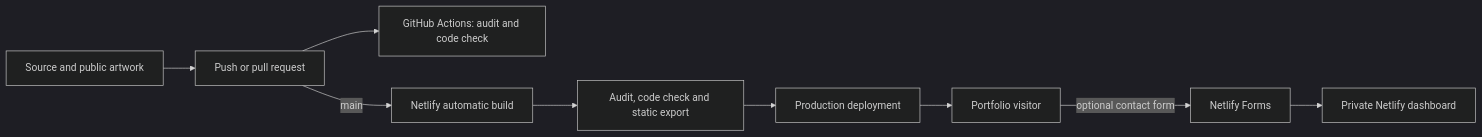
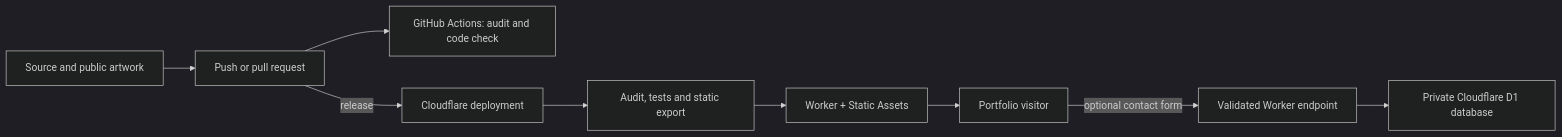
Before and after one commit to zrsobecka/Portfolio: the diagram in WORKFLOW-DIAGRAM.md, drawn with Mermaid (dark theme). The commit also changed 14 other files, not shown here.

````diff
--- a/WORKFLOW-DIAGRAM.md
+++ b/WORKFLOW-DIAGRAM.md
@@ -3,11 +3,11 @@
 ```mermaid
 flowchart LR
     A[Source and public artwork] --> B[Push or pull request]
     B --> C[GitHub Actions: audit and code check]
-    B -->|main| D[Netlify automatic build]
-    D --> E[Audit, code check and static export]
-    E --> F[Production deployment]
+    B -->|release| D[Cloudflare deployment]
+    D --> E[Audit, tests and static export]
+    E --> F[Worker + Static Assets]
     F --> G[Portfolio visitor]
-    G -->|optional contact form| H[Netlify Forms]
-    H --> I[Private Netlify dashboard]
+    G -->|optional contact form| H[Validated Worker endpoint]
+    H --> I[Private Cloudflare D1 database]
 ```
````
